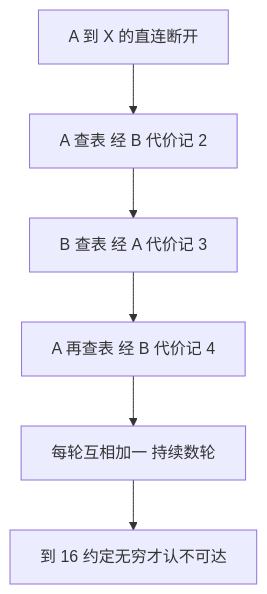
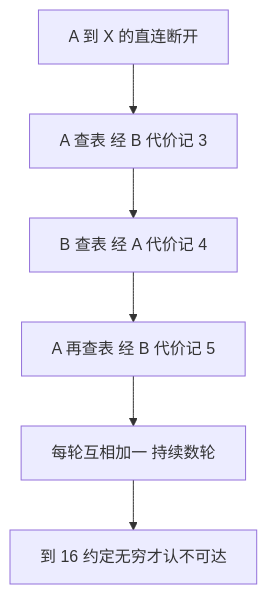
The second of 2 diagrams in docs/cs/count-to-infinity.md (xhongduo-tech/xhongduo-tech.github.io), drawn with Mermaid before and after one commit. The commit also changed other lines of this file and 8 other files, not shown here.

````diff
--- a/docs/cs/count-to-infinity.md
+++ b/docs/cs/count-to-infinity.md
@@ -39,8 +39,8 @@
 ```mermaid
 flowchart TD
-  BRK["A 到 X 的直连断开"] --> A1["A 查表 经 B 代价记 2"]
-  A1 --> B1["B 查表 经 A 代价记 3"]
-  B1 --> A2["A 再查表 经 B 代价记 4"]
+  BRK["A 到 X 的直连断开"] --> A1["A 查表 经 B 代价记 3"]
+  A1 --> B1["B 查表 经 A 代价记 4"]
+  B1 --> A2["A 再查表 经 B 代价记 5"]
   A2 --> ELL["每轮互相加一 持续数轮"]
   ELL --> CAP["到 16 约定无穷才认不可达"]
 ```
````
